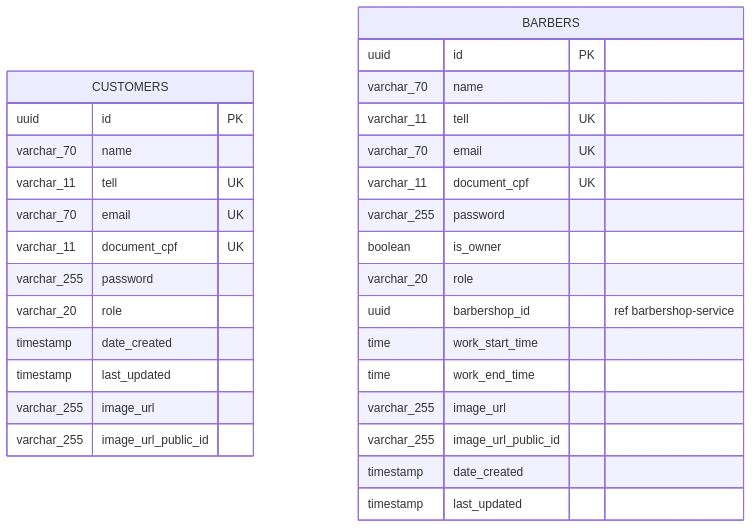
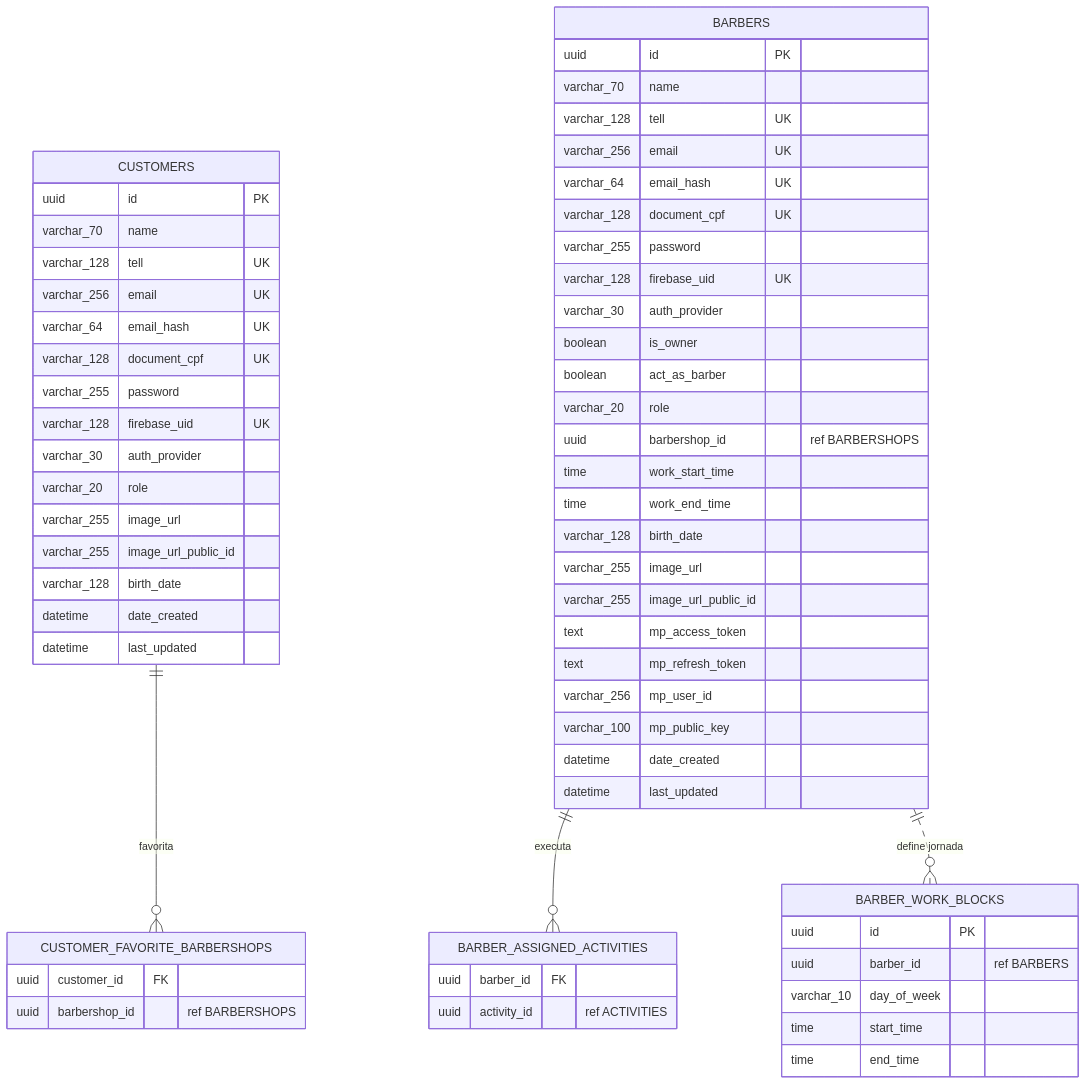
One commit to Luis-Barbershop/Arquitetura_completa changed the first of 6 diagrams in documentacao/der.md. Above: the diagram before and after it, drawn with Mermaid. The commit also changed other lines of this file and 4 other files, not shown here.

````diff
--- a/documentacao/der.md
+++ b/documentacao/der.md
@@ -13,33 +26,69 @@
 ```mermaid
 erDiagram
     CUSTOMERS {
         uuid id PK
         varchar_70 name
-        varchar_11 tell UK
-        varchar_70 email UK
-        varchar_11 document_cpf UK
+        varchar_128 tell UK
+        varchar_256 email UK
+        varchar_64 email_hash UK
+        varchar_128 document_cpf UK
         varchar_255 password
+        varchar_128 firebase_uid UK
+        varchar_30 auth_provider
         varchar_20 role
-        timestamp date_created
-        timestamp last_updated
         varchar_255 image_url
         varchar_255 image_url_public_id
+        varchar_128 birth_date
+        datetime date_created
+        datetime last_updated
     }
+
+    CUSTOMER_FAVORITE_BARBERSHOPS {
+        uuid customer_id FK
+        uuid barbershop_id "ref BARBERSHOPS"
+    }
+
     BARBERS {
         uuid id PK
         varchar_70 name
-        varchar_11 tell UK
-        varchar_70 email UK
-        varchar_11 document_cpf UK
+        varchar_128 tell UK
+        varchar_256 email UK
+        varchar_64 email_hash UK
+        varchar_128 document_cpf UK
         varchar_255 password
+        varchar_128 firebase_uid UK
+        varchar_30 auth_provider
         boolean is_owner
+        boolean act_as_barber
         varchar_20 role
-        uuid barbershop_id "ref barbershop-service"
+        uuid barbershop_id "ref BARBERSHOPS"
         time work_start_time
         time work_end_time
+        varchar_128 birth_date
         varchar_255 image_url
         varchar_255 image_url_public_id
-        timestamp date_created
-        timestamp last_updated
+        text mp_access_token
+        text mp_refresh_token
+        varchar_256 mp_user_id
+        varchar_100 mp_public_key
+        datetime date_created
+        datetime last_updated
     }
+
+    BARBER_ASSIGNED_ACTIVITIES {
+        uuid barber_id FK
+        uuid activity_id "ref ACTIVITIES"
+    }
+
+    BARBER_WORK_BLOCKS {
+        uuid id PK
+        uuid barber_id "ref BARBERS"
+        varchar_10 day_of_week
+        time start_time
+        time end_time
+    }
+
+    CUSTOMERS ||--o{ CUSTOMER_FAVORITE_BARBERSHOPS : "favorita"
+    BARBERS ||--o{ BARBER_ASSIGNED_ACTIVITIES : "executa"
+    BARBERS ||..o{ BARBER_WORK_BLOCKS : "define jornada"
 ```
````
